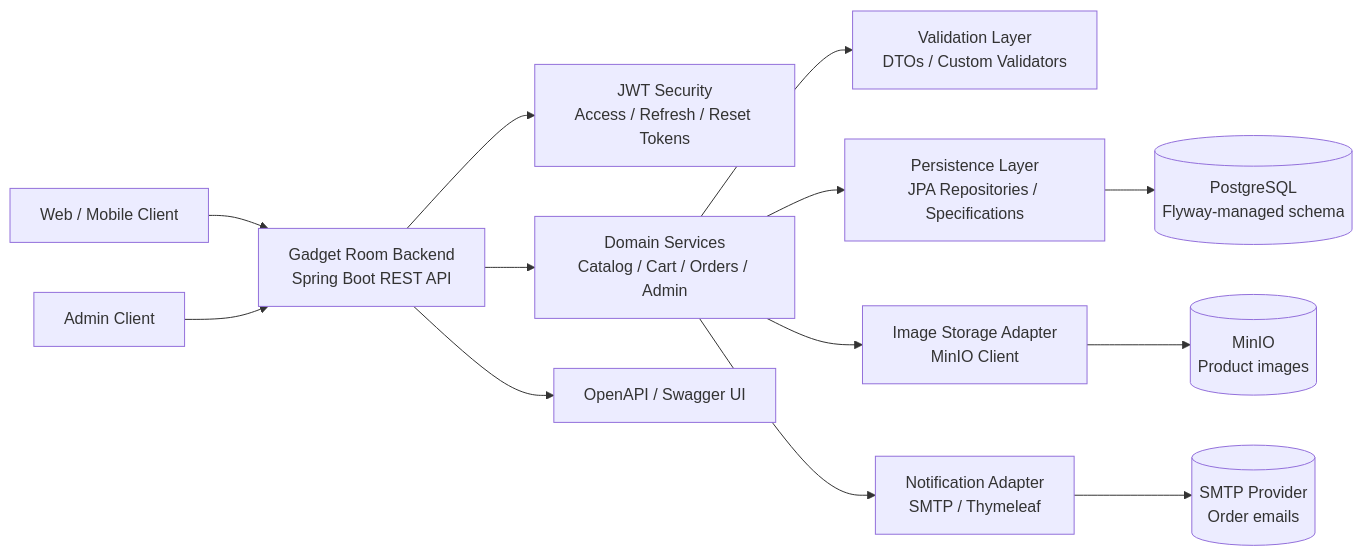
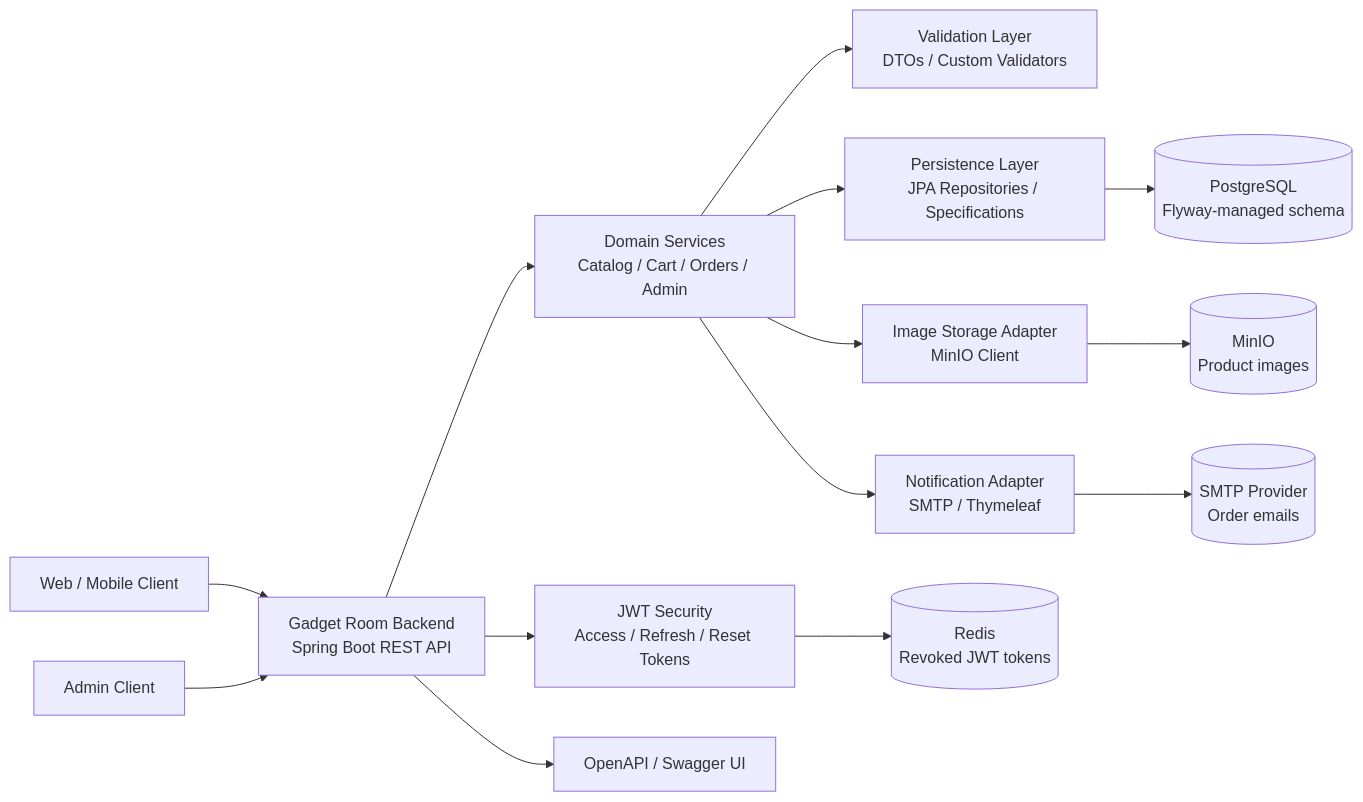
One commit to Team-4185/phone-shop changed the diagram in README.md. Above: the diagram before and after it, drawn with Mermaid. The commit also changed other lines of this file and 3 other files, not shown here.

````diff
--- a/README.md
+++ b/README.md
@@ -35,31 +36,33 @@
 ```mermaid
 flowchart LR
     Client[Web / Mobile Client]
     Admin[Admin Client]
 
     API[Gadget Room Backend<br/>Spring Boot REST API]
     Auth[JWT Security<br/>Access / Refresh / Reset Tokens]
     Domain[Domain Services<br/>Catalog / Cart / Orders / Admin]
     Validation[Validation Layer<br/>DTOs / Custom Validators]
     Persistence[Persistence Layer<br/>JPA Repositories / Specifications]
     Storage[Image Storage Adapter<br/>MinIO Client]
     Mail[Notification Adapter<br/>SMTP / Thymeleaf]
 
     DB[(PostgreSQL<br/>Flyway-managed schema)]
+    Redis[(Redis<br/>Revoked JWT tokens)]
     MinIO[(MinIO<br/>Product images)]
     SMTP[(SMTP Provider<br/>Order emails)]
     Docs[OpenAPI / Swagger UI]
 
     Client --> API
     Admin --> API
     API --> Auth
     API --> Domain
     API --> Docs
     Domain --> Validation
     Domain --> Persistence
     Domain --> Storage
     Domain --> Mail
+    Auth --> Redis
     Persistence --> DB
     Storage --> MinIO
     Mail --> SMTP
 ```
````
